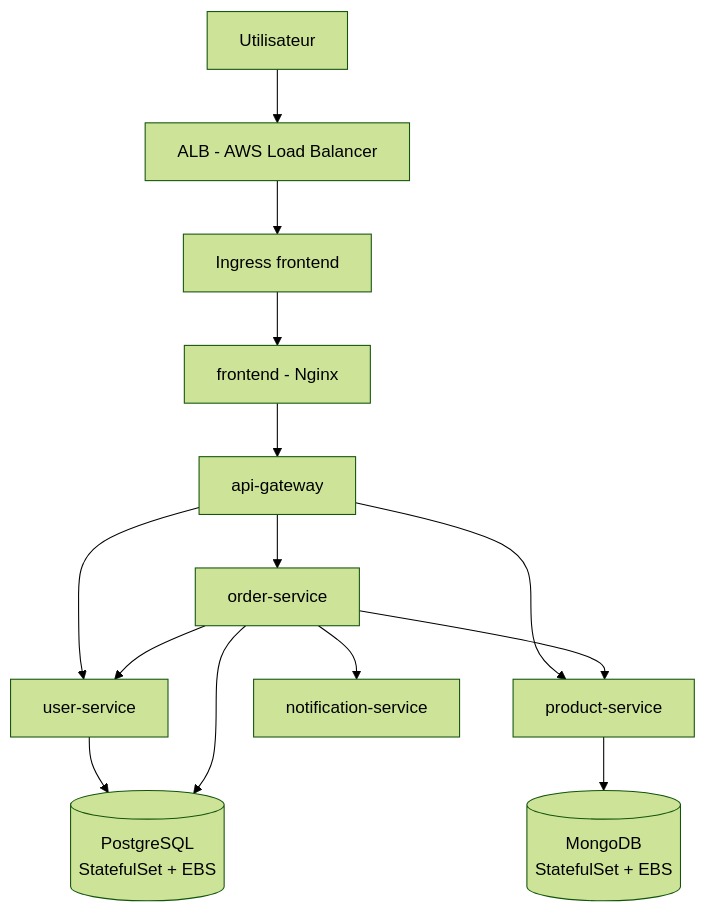
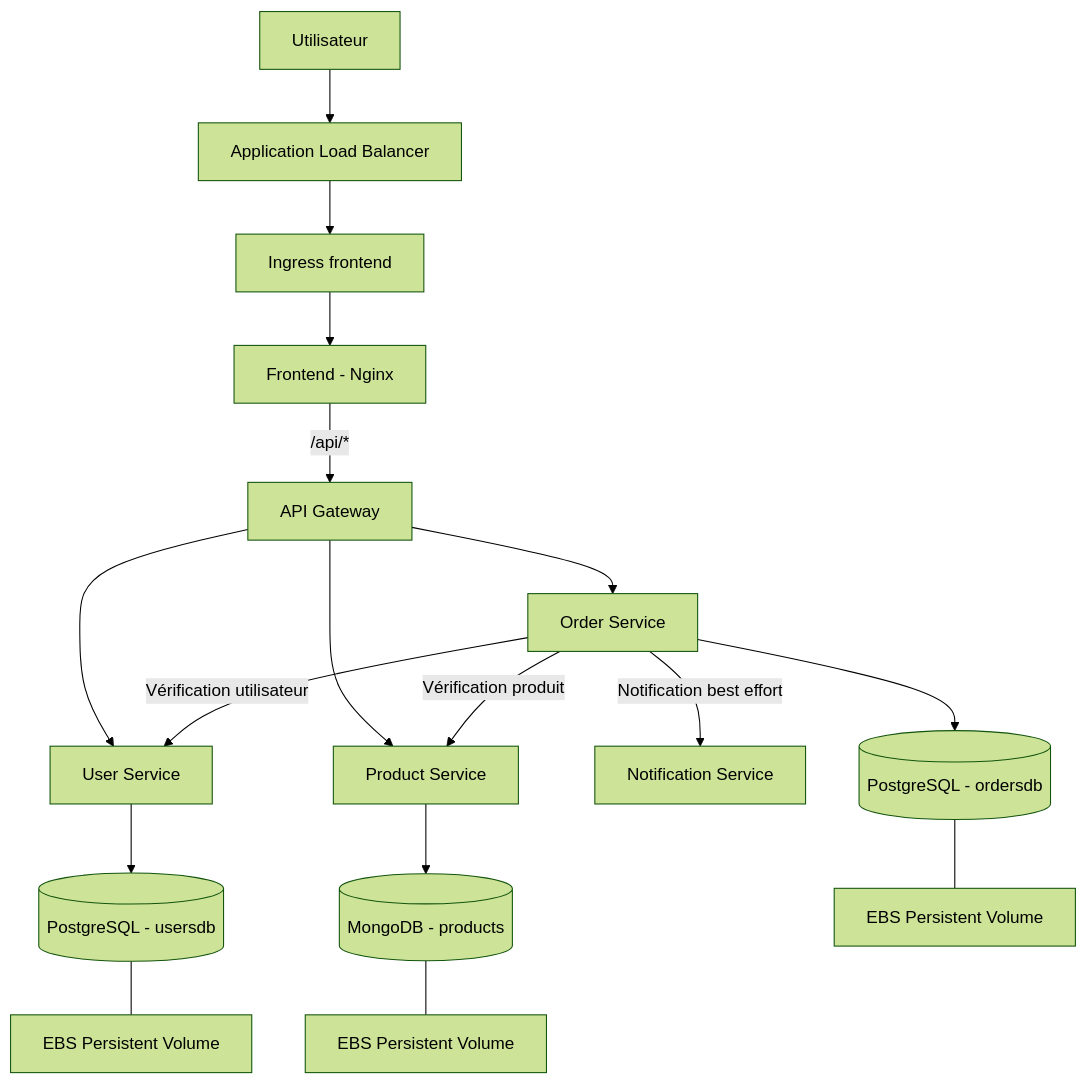
The diagram in README.md (khaoula-dr/Orchestration-EKS), drawn with Mermaid (forest theme) before and after one commit. The commit also changed other lines of this file, not shown here.

````diff
--- a/README.md
+++ b/README.md
@@ -26,16 +54,24 @@
 ```mermaid
 flowchart TD
-    U[Utilisateur] --> ALB[ALB - AWS Load Balancer]
+    U[Utilisateur] --> ALB[Application Load Balancer]
     ALB --> ING[Ingress frontend]
-    ING --> FE[frontend - Nginx]
-    FE --> GW[api-gateway]
-    GW --> US[user-service]
-    GW --> PS[product-service]
-    GW --> OS[order-service]
-    OS --> US
-    OS --> PS
-    OS --> NS[notification-service]
-    US --> PG[(PostgreSQL<br/>StatefulSet + EBS)]
-    OS --> PG
-    PS --> MG[(MongoDB<br/>StatefulSet + EBS)]
+    ING --> FE[Frontend - Nginx]
+
+    FE -->|/api/*| GW[API Gateway]
+
+    GW --> US[User Service]
+    GW --> PS[Product Service]
+    GW --> OS[Order Service]
+
+    OS -->|Vérification utilisateur| US
+    OS -->|Vérification produit| PS
+    OS -->|Notification best effort| NS[Notification Service]
+
+    US --> PG1[(PostgreSQL - usersdb)]
+    OS --> PG2[(PostgreSQL - ordersdb)]
+    PS --> MG[(MongoDB - products)]
+
+    PG1 --- PV1[EBS Persistent Volume]
+    PG2 --- PV2[EBS Persistent Volume]
+    MG --- PV3[EBS Persistent Volume]
 ```
````
